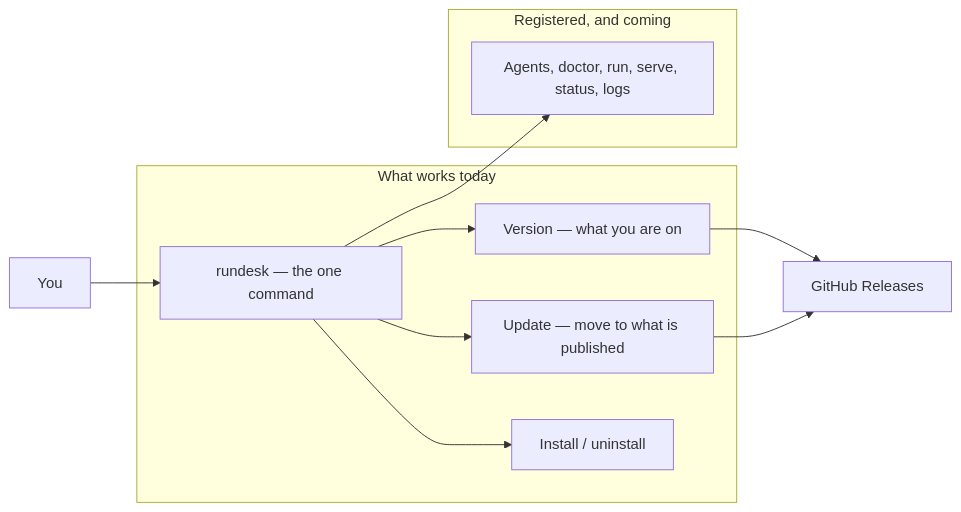
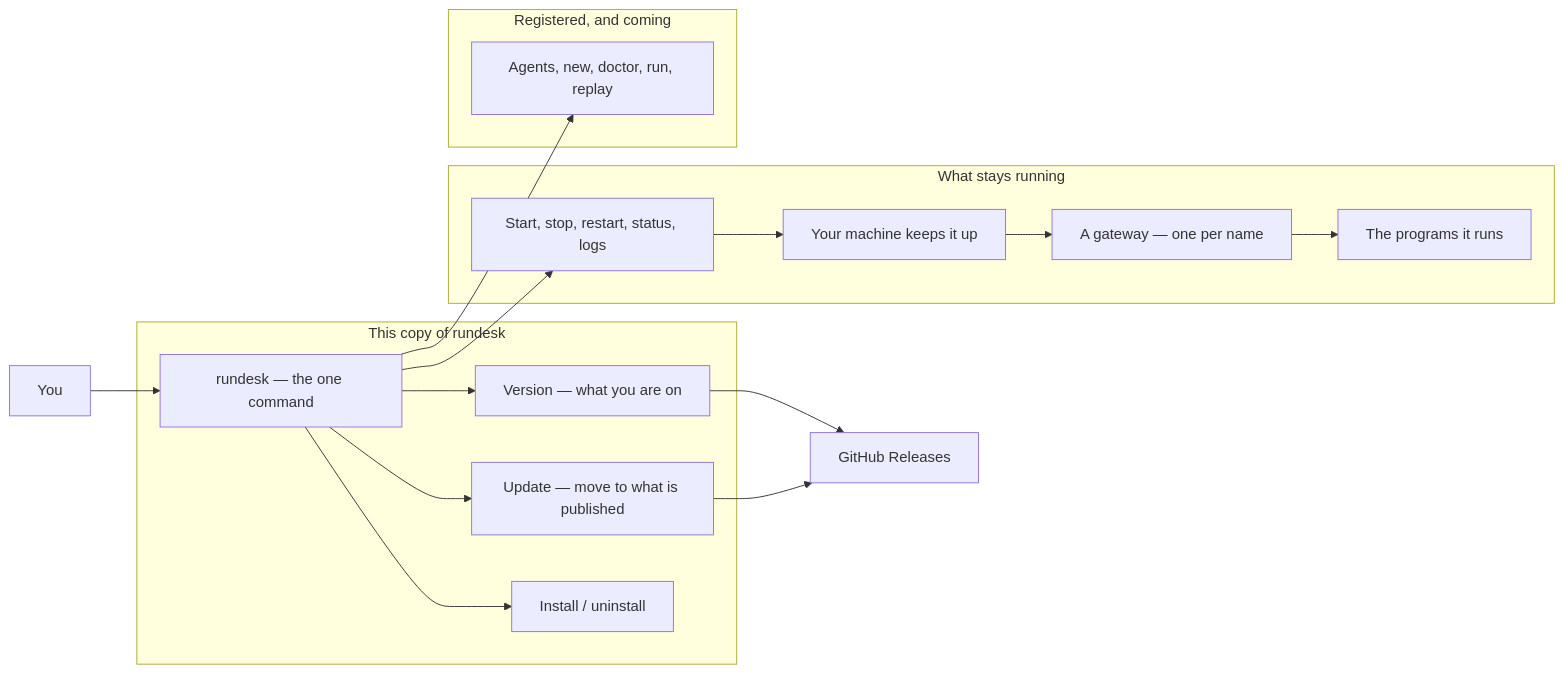
The diagram in .knowledge/OVERVIEW.md (rundesk-ai/rundesk-cli), drawn with Mermaid before and after one commit. The commit also changed other lines of this file and 10 other files, not shown here.

````diff
--- a/.knowledge/OVERVIEW.md
+++ b/.knowledge/OVERVIEW.md
@@ -19,14 +20,20 @@
 ```mermaid
 flowchart LR
   You["You"] --> Cmd["rundesk — the one command"]
-  subgraph Today["What works today"]
+  subgraph Living["This copy of rundesk"]
     Cmd --> Ver["Version — what you are on"]
     Cmd --> Upd["Update — move to what is published"]
     Cmd --> Ins["Install / uninstall"]
   end
+  subgraph Running["What stays running"]
+    Cmd --> GwCmd["Start, stop, restart, status, logs"]
+    GwCmd --> Mach["Your machine keeps it up"]
+    Mach --> Gw["A gateway — one per name"]
+    Gw --> Prog["The programs it runs"]
+  end
   subgraph Later["Registered, and coming"]
-    Cmd --> Agents["Agents, doctor, run, serve, status, logs"]
+    Cmd --> Agents["Agents, new, doctor, run, replay"]
   end
   Ver --> GH["GitHub Releases"]
   Upd --> GH
 ```
````
